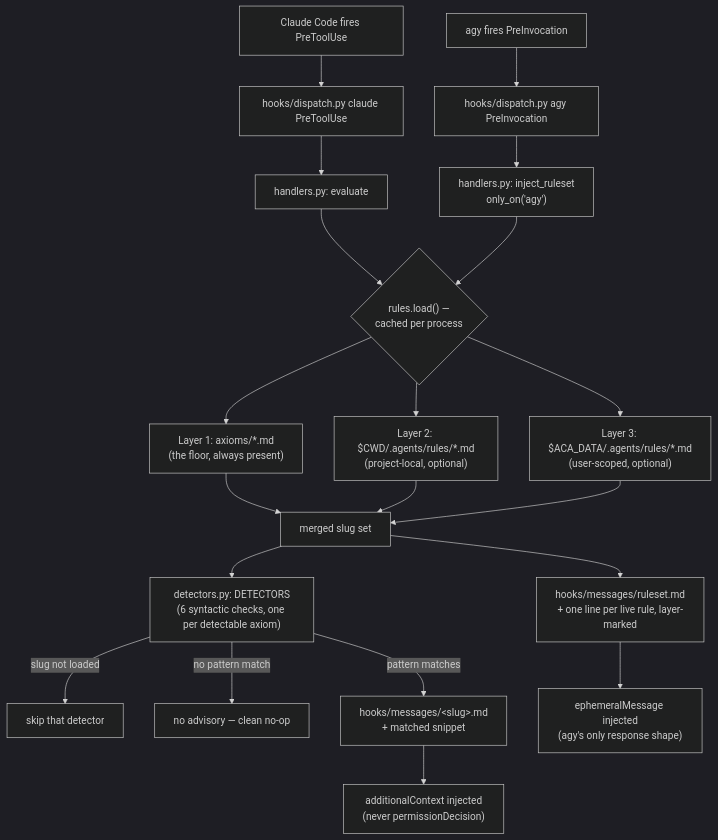
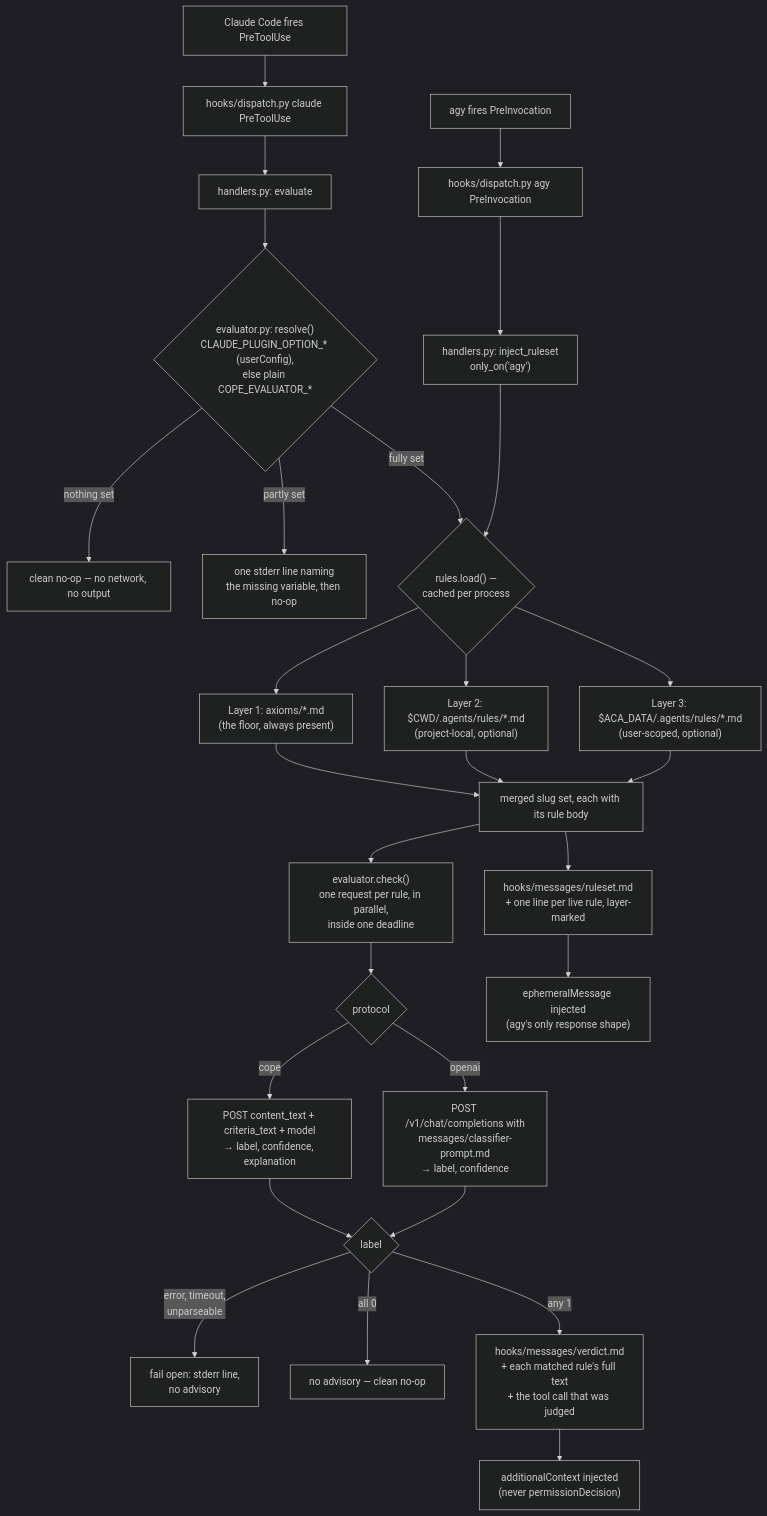
One commit to nicsuzor/academicOps changed the diagram in plugins/cope/README.md. Above: the diagram before and after it, drawn with Mermaid (dark theme). The commit also changed other lines of this file and 67 other files, not shown here.

````diff
--- a/plugins/cope/README.md
+++ b/plugins/cope/README.md
@@ -5,22 +5,34 @@
 ```mermaid
 flowchart TD
     A[Claude Code fires PreToolUse] --> B["hooks/dispatch.py claude PreToolUse"]
     A2[agy fires PreInvocation] --> B2["hooks/dispatch.py agy PreInvocation"]
-    B --> C[handlers.py: evaluate]
+    B --> C["handlers.py: evaluate"]
     B2 --> C2["handlers.py: inject_ruleset<br/>only_on('agy')"]
-    C --> D{"rules.load() —<br/>cached per process"}
+
+    C --> R{"evaluator.py: resolve()<br/>CLAUDE_PLUGIN_OPTION_* (userConfig),<br/>else plain COPE_EVALUATOR_*"}
+    R -->|nothing set| R1[clean no-op — no network, no output]
+    R -->|partly set| R2[one stderr line naming<br/>the missing variable, then no-op]
+    R -->|fully set| D
+
     C2 --> D
-    D --> E1["Layer 1: axioms/*.md<br/>(the floor, always present)"]
+    D{"rules.load() —<br/>cached per process"} --> E1["Layer 1: axioms/*.md<br/>(the floor, always present)"]
     D --> E2["Layer 2: $CWD/.agents/rules/*.md<br/>(project-local, optional)"]
     D --> E3["Layer 3: $ACA_DATA/.agents/rules/*.md<br/>(user-scoped, optional)"]
-    E1 --> F[merged slug set]
+    E1 --> F[merged slug set, each with its rule body]
     E2 --> F
     E3 --> F
-    F --> G["detectors.py: DETECTORS<br/>(6 syntactic checks, one per detectable axiom)"]
-    G -->|slug not loaded| H[skip that detector]
-    G -->|no pattern match| I[no advisory — clean no-op]
-    G -->|pattern matches| J["hooks/messages/&lt;slug&gt;.md<br/>+ matched snippet"]
-    J --> K["additionalContext injected<br/>(never permissionDecision)"]
-    F --> L["hooks/messages/ruleset.md<br/>+ one line per live rule, layer-marked"]
-    L --> M["ephemeralMessage injected<br/>(agy's only response shape)"]
+
+    F --> G["evaluator.check()<br/>one request per rule, in parallel,<br/>inside one deadline"]
+    G --> H{"protocol"}
+    H -->|cope| H1["POST content_text + criteria_text + model<br/>→ label, confidence, explanation"]
+    H -->|openai| H2["POST /v1/chat/completions with<br/>messages/classifier-prompt.md<br/>→ label, confidence"]
+    H1 --> I{label}
+    H2 --> I
+    I -->|error, timeout,<br/>unparseable| J["fail open: stderr line,<br/>no advisory"]
+    I -->|all 0| K[no advisory — clean no-op]
+    I -->|any 1| L["hooks/messages/verdict.md<br/>+ each matched rule's full text<br/>+ the tool call that was judged"]
+    L --> M["additionalContext injected<br/>(never permissionDecision)"]
+
+    F --> N["hooks/messages/ruleset.md<br/>+ one line per live rule, layer-marked"]
+    N --> O["ephemeralMessage injected<br/>(agy's only response shape)"]
 ```
````
